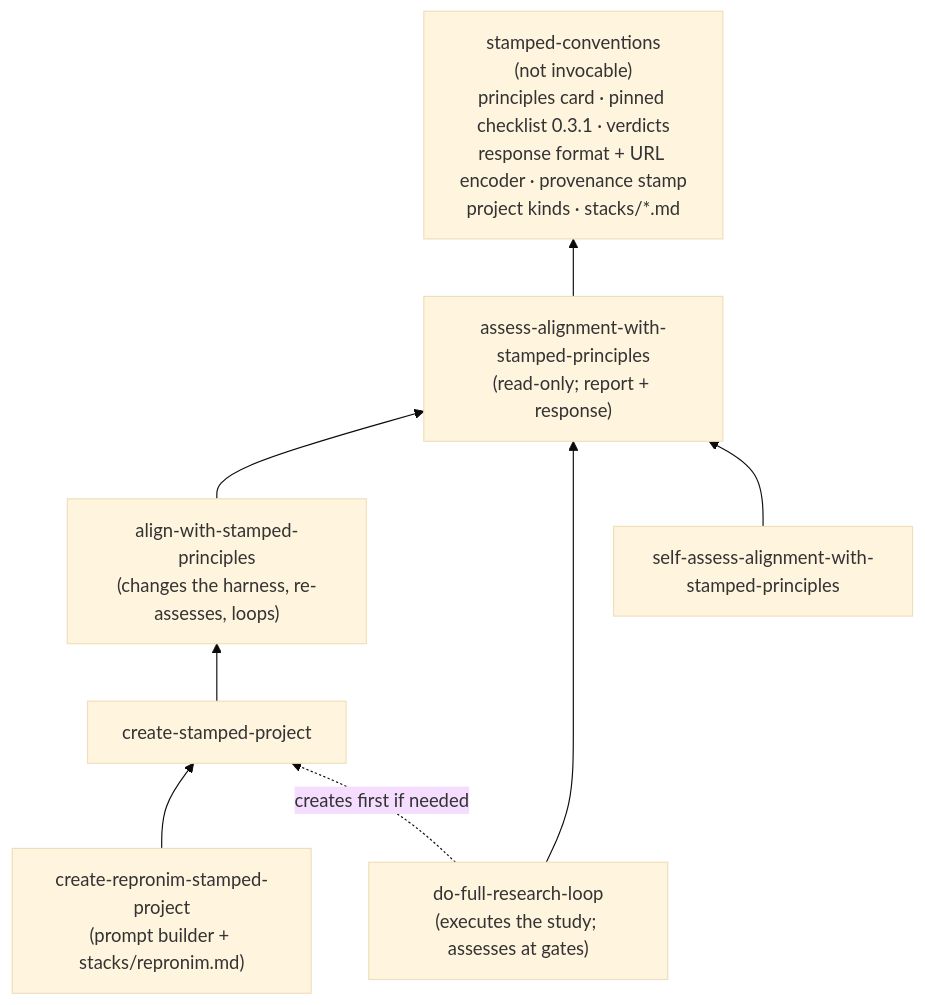
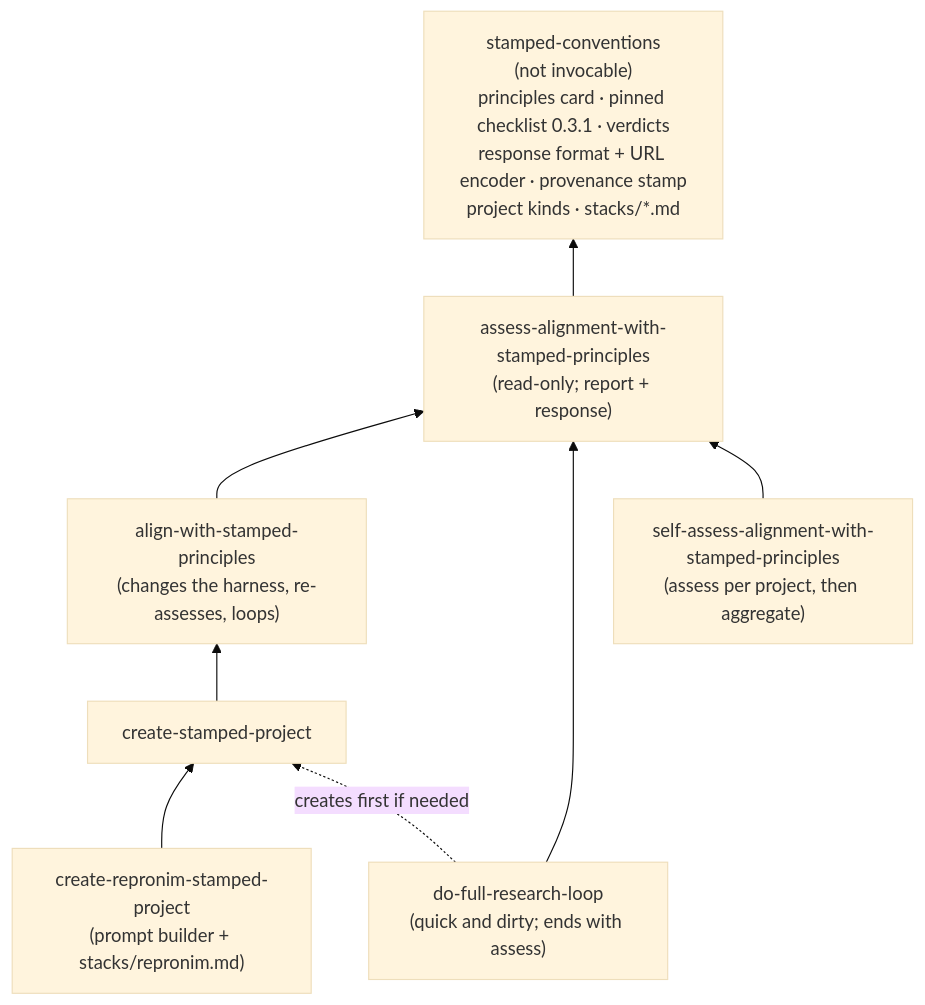
The first of 2 diagrams in docs/stamped/PLAN.md (con/skills), drawn with Mermaid (base theme) before and after one commit. The commit also changed other lines of this file, not shown here.

````diff
--- a/docs/stamped/PLAN.md
+++ b/docs/stamped/PLAN.md
@@ -119,17 +266,17 @@
 ```mermaid
 flowchart BT
   conv["stamped-conventions<br/>(not invocable)<br/>principles card · pinned checklist 0.3.1 · verdicts<br/>response format + URL encoder · provenance stamp<br/>project kinds · stacks/*.md"]
   assess["assess-alignment-with-stamped-principles<br/>(read-only; report + response)"]
   align["align-with-stamped-principles<br/>(changes the harness, re-assesses, loops)"]
   create["create-stamped-project"]
   repronim["create-repronim-stamped-project<br/>(prompt builder + stacks/repronim.md)"]
-  loop["do-full-research-loop<br/>(executes the study; assesses at gates)"]
-  self["self-assess-alignment-with-stamped-principles"]
+  loop["do-full-research-loop<br/>(quick and dirty; ends with assess)"]
+  self["self-assess-alignment-with-stamped-principles<br/>(assess per project, then aggregate)"]
   assess --> conv
   align --> assess
   create --> align
   repronim --> create
   loop --> assess
   loop -.->|creates first if needed| create
   self --> assess
 ```
````
